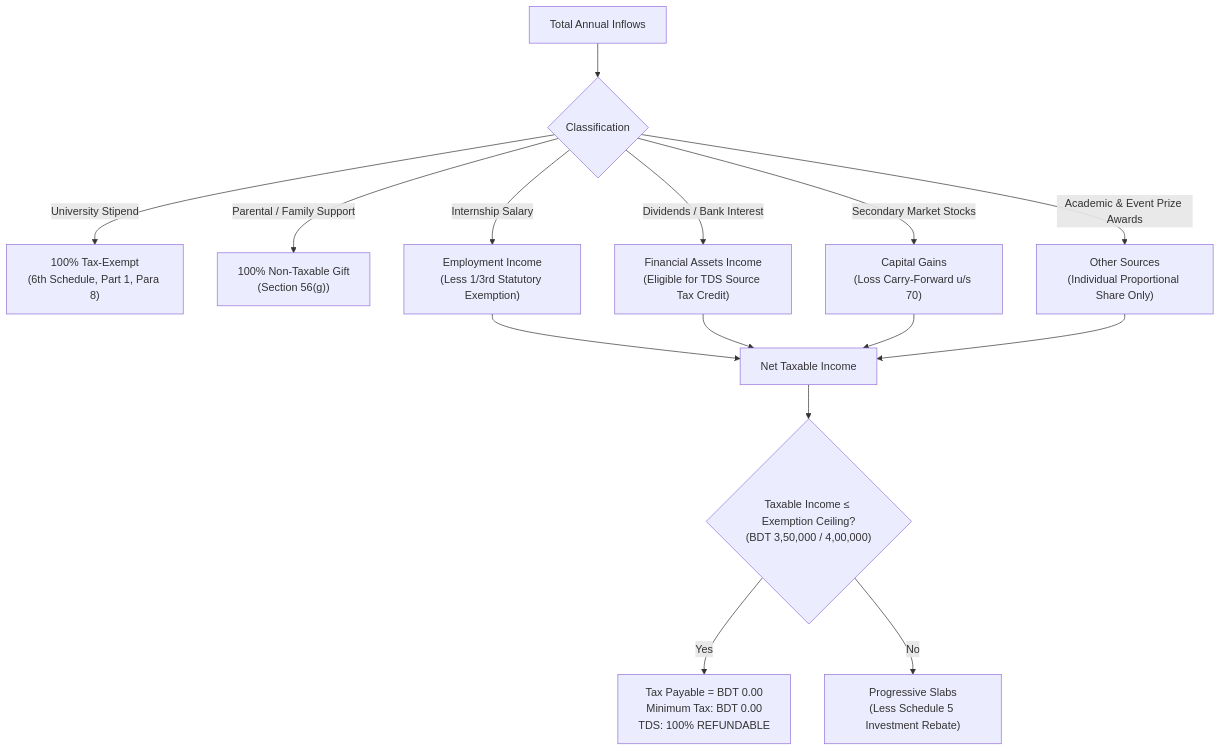
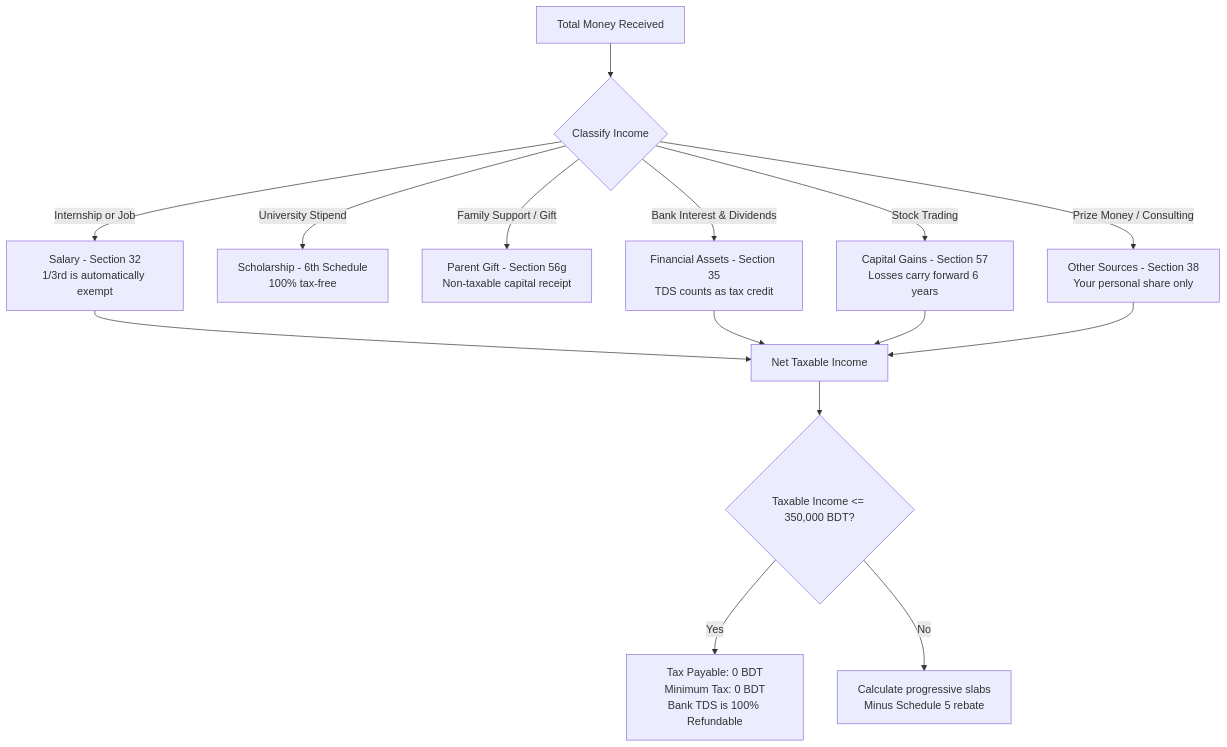
One commit to zaifears/youth-tax-calculator changed the first of 2 diagrams in README.md. Above: the diagram before and after it, drawn with Mermaid. The commit also changed other lines of this file, not shown here.

Commit message:
docs: redesign README with TOC, TLDR, visual flowcharts, and natural human tone

````diff
--- a/README.md
+++ b/README.md
@@ -36,15 +41,17 @@
 ```mermaid
 flowchart TD
-    Inflows["Total Annual Inflows"] --> Breakdown{"Classification"}
-    Breakdown -->|University Stipend| Exempt["100% Tax-Exempt<br>(6th Schedule, Part 1, Para 8)"]
-    Breakdown -->|Parental / Family Support| NonTax["100% Non-Taxable Gift<br>(Section 56(g))"]
-    Breakdown -->|Internship Salary| Emp["Employment Income<br>(Less 1/3rd Statutory Exemption)"]
-    Breakdown -->|Dividends / Bank Interest| Fin["Financial Assets Income<br>(Eligible for TDS Source Tax Credit)"]
-    Breakdown -->|Secondary Market Stocks| Cap["Capital Gains<br>(Loss Carry-Forward u/s 70)"]
-    Breakdown -->|Academic & Event Prize Awards| Other["Other Sources<br>(Individual Proportional Share Only)"]
+    Inflow[Total Money Received] --> Type{Classify Income}
+    
+    Type -->|Internship or Job| Sal[Salary - Section 32<br>1/3rd is automatically exempt]
+    Type -->|University Stipend| Stp[Scholarship - 6th Schedule<br>100% tax-free]
+    Type -->|Family Support / Gift| Gift[Parent Gift - Section 56g<br>Non-taxable capital receipt]
+    Type -->|Bank Interest & Dividends| Fin[Financial Assets - Section 35<br>TDS counts as tax credit]
+    Type -->|Stock Trading| Cap[Capital Gains - Section 57<br>Losses carry forward 6 years]
+    Type -->|Prize Money / Consulting| Oth[Other Sources - Section 38<br>Your personal share only]
 
-    Emp & Fin & Cap & Other --> TaxBase["Net Taxable Income"]
-    TaxBase --> Threshold{"Taxable Income ≤ Exemption Ceiling?<br>(BDT 3,50,000 / 4,00,000)"}
-    Threshold -->|Yes| ZeroTax["Tax Payable = BDT 0.00<br>Minimum Tax: BDT 0.00<br>TDS: 100% REFUNDABLE"]
-    Threshold -->|No| Slabs["Progressive Slabs<br>(Less Schedule 5 Investment Rebate)"]
+    Sal & Fin & Cap & Oth --> NetTaxable[Net Taxable Income]
+    
+    NetTaxable --> Check{Taxable Income <= 350,000 BDT?}
+    Check -->|Yes| Zero[Tax Payable: 0 BDT<br>Minimum Tax: 0 BDT<br>Bank TDS is 100% Refundable]
+    Check -->|No| Slabs[Calculate progressive slabs<br>Minus Schedule 5 rebate]
 ```
````
